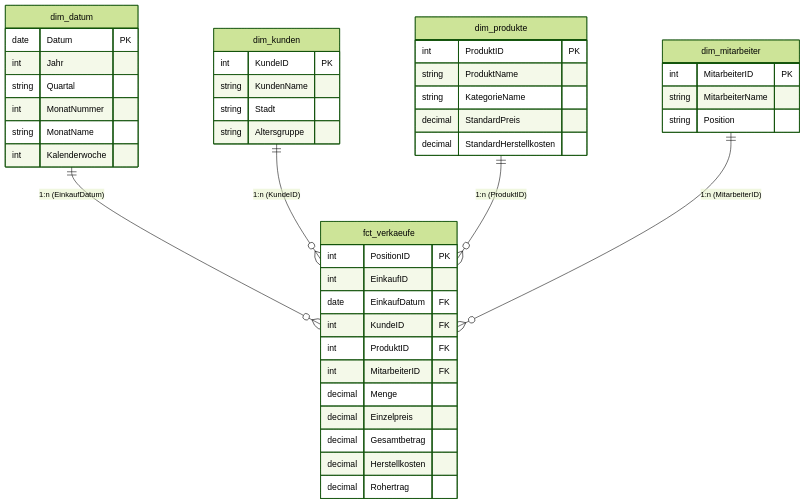
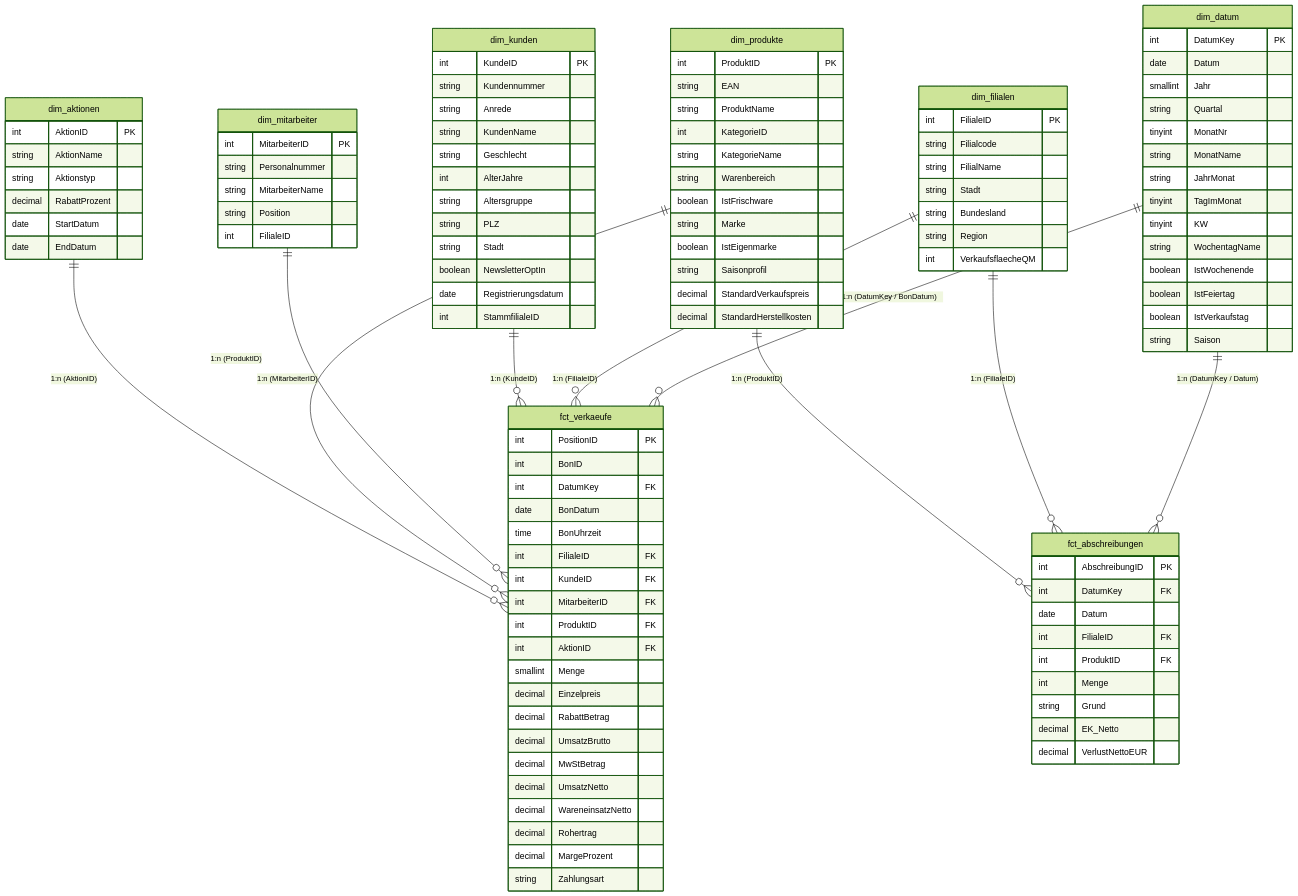
One commit to alefritz19/PowerBI-Supermarkt-Analytics changed the diagram in README.md. Above: the diagram before and after it, drawn with Mermaid (forest theme). The commit also changed other lines of this file and 7 other files, not shown here.

Commit message:
feat(powerbi): scale star schema & DAX to SupermarktDWH enterprise model

````diff
--- a/README.md
+++ b/README.md
@@ -28,51 +62,121 @@
 ```mermaid
 erDiagram
-    dim_datum ||--o{ fct_verkaeufe : "1:n (EinkaufDatum)"
+    dim_datum ||--o{ fct_verkaeufe : "1:n (DatumKey / BonDatum)"
+    dim_datum ||--o{ fct_abschreibungen : "1:n (DatumKey / Datum)"
+    dim_filialen ||--o{ fct_verkaeufe : "1:n (FilialeID)"
+    dim_filialen ||--o{ fct_abschreibungen : "1:n (FilialeID)"
     dim_kunden ||--o{ fct_verkaeufe : "1:n (KundeID)"
+    dim_mitarbeiter ||--o{ fct_verkaeufe : "1:n (MitarbeiterID)"
     dim_produkte ||--o{ fct_verkaeufe : "1:n (ProduktID)"
-    dim_mitarbeiter ||--o{ fct_verkaeufe : "1:n (MitarbeiterID)"
+    dim_produkte ||--o{ fct_abschreibungen : "1:n (ProduktID)"
+    dim_aktionen ||--o{ fct_verkaeufe : "1:n (AktionID)"
 
     fct_verkaeufe {
         int PositionID PK
-        int EinkaufID
-        date EinkaufDatum FK
+        int BonID
+        int DatumKey FK
+        date BonDatum
+        time BonUhrzeit
+        int FilialeID FK
         int KundeID FK
+        int MitarbeiterID FK
         int ProduktID FK
-        int MitarbeiterID FK
-        decimal Menge
+        int AktionID FK
+        smallint Menge
         decimal Einzelpreis
-        decimal Gesamtbetrag
-        decimal Herstellkosten
+        decimal RabattBetrag
+        decimal UmsatzBrutto
+        decimal MwStBetrag
+        decimal UmsatzNetto
+        decimal WareneinsatzNetto
         decimal Rohertrag
+        decimal MargeProzent
+        string Zahlungsart
+    }
+
+    fct_abschreibungen {
+        int AbschreibungID PK
+        int DatumKey FK
+        date Datum
+        int FilialeID FK
+        int ProduktID FK
+        int Menge
+        string Grund
+        decimal EK_Netto
+        decimal VerlustNettoEUR
     }
 
     dim_produkte {
         int ProduktID PK
+        string EAN
         string ProduktName
+        int KategorieID
         string KategorieName
-        decimal StandardPreis
+        string Warenbereich
+        boolean IstFrischware
+        string Marke
+        boolean IstEigenmarke
+        string Saisonprofil
+        decimal StandardVerkaufspreis
         decimal StandardHerstellkosten
     }
 
     dim_kunden {
         int KundeID PK
+        string Kundennummer
+        string Anrede
         string KundenName
+        string Geschlecht
+        int AlterJahre
+        string Altersgruppe
+        string PLZ
         string Stadt
-        string Altersgruppe
+        boolean NewsletterOptIn
+        date Registrierungsdatum
+        int StammfilialeID
+    }
+
+    dim_filialen {
+        int FilialeID PK
+        string Filialcode
+        string FilialName
+        string Stadt
+        string Bundesland
+        string Region
+        int VerkaufsflaecheQM
     }
 
     dim_mitarbeiter {
         int MitarbeiterID PK
+        string Personalnummer
         string MitarbeiterName
         string Position
+        int FilialeID
+    }
+
+    dim_aktionen {
+        int AktionID PK
+        string AktionName
+        string Aktionstyp
+        decimal RabattProzent
+        date StartDatum
+        date EndDatum
     }
 
     dim_datum {
-        date Datum PK
-        int Jahr
+        int DatumKey PK
+        date Datum
+        smallint Jahr
         string Quartal
-        int MonatNummer
+        tinyint MonatNr
         string MonatName
-        int Kalenderwoche
+        string JahrMonat
+        tinyint TagImMonat
+        tinyint KW
+        string WochentagName
+        boolean IstWochenende
+        boolean IstFeiertag
+        boolean IstVerkaufstag
+        string Saison
     }
 ```
````
